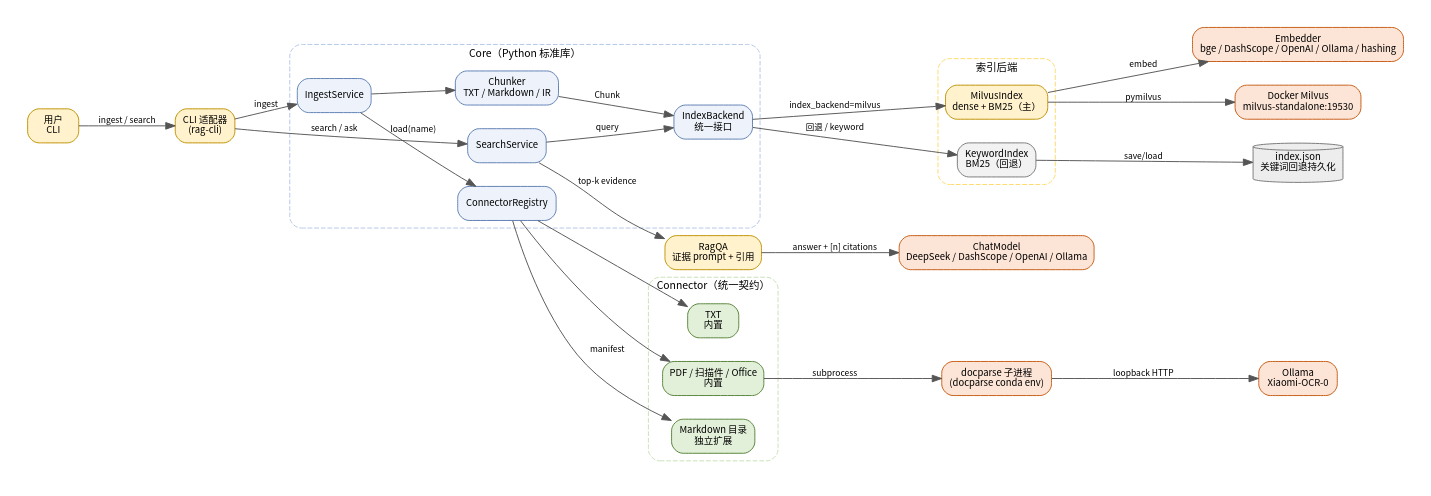
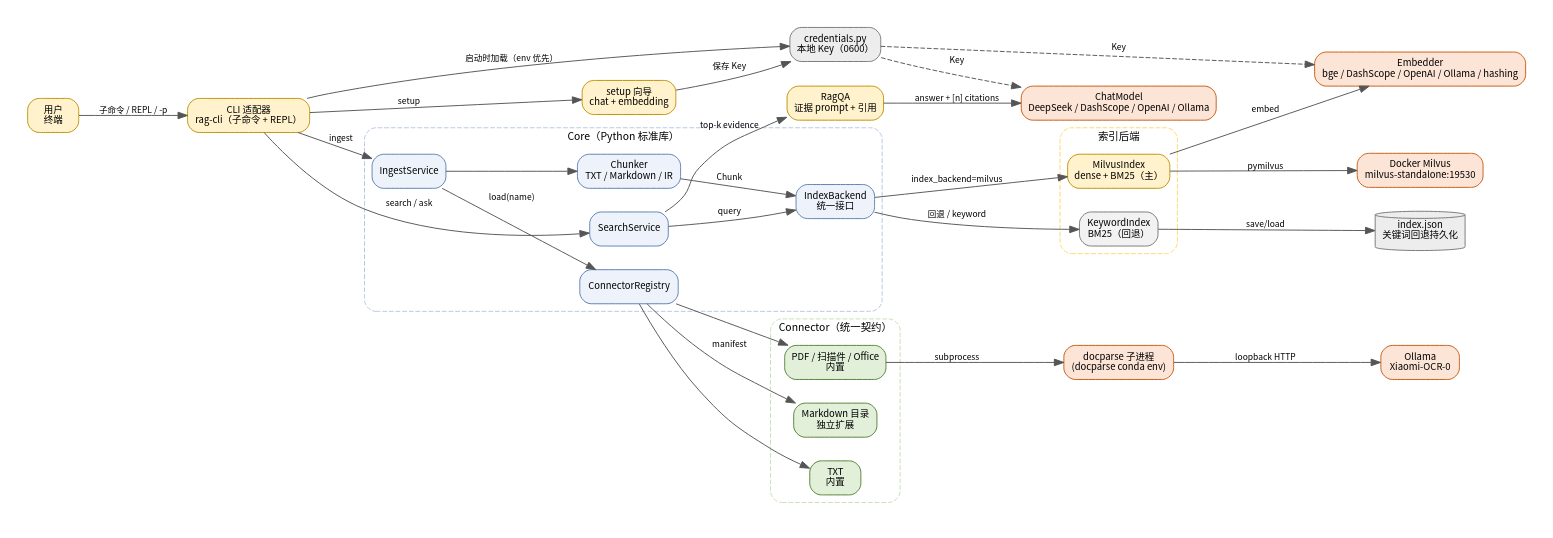
One commit to H-wonder/RAG_multidocs changed the diagram in project/docs/diagrams/architecture.dot. Above: the diagram before and after it, drawn with Graphviz. The commit also changed 10 other files, not shown here.

```diff
--- a/project/docs/diagrams/architecture.dot
+++ b/project/docs/diagrams/architecture.dot
@@ -1,69 +1,76 @@
 digraph architecture {
   rankdir=LR;
   graph [fontname="Noto Sans CJK SC", fontsize=11, pad=0.3, nodesep=0.35, ranksep=0.55];
   node [shape=box, style="rounded,filled", fontname="Noto Sans CJK SC", fontsize=10,
         fillcolor="#eef3fb", color="#5b7db1"];
   edge [fontname="Noto Sans CJK SC", fontsize=9, color="#555555"];
 
-  user [label="用户\nCLI", fillcolor="#fff2cc", color="#bf9000"];
-  cli [label="CLI 适配器\n(rag-cli)", fillcolor="#fff2cc", color="#bf9000"];
+  user [label="用户\n终端", fillcolor="#fff2cc", color="#bf9000"];
+  cli [label="CLI 适配器\nrag-cli（子命令 + REPL）", fillcolor="#fff2cc", color="#bf9000"];
+  wizard [label="setup 向导\nchat + embedding", fillcolor="#fff2cc", color="#bf9000"];
+  creds [label="credentials.py\n本地 Key（0600）", fillcolor="#ededed", color="#777777"];
 
   subgraph cluster_core {
     label="Core（Python 标准库）";
     fontname="Noto Sans CJK SC";
     color="#b4c6e7";
     style="rounded,dashed";
     ingest [label="IngestService"];
     search [label="SearchService"];
     registry [label="ConnectorRegistry"];
     chunker [label="Chunker\nTXT / Markdown / IR"];
     backend [label="IndexBackend\n统一接口"];
   }
 
   subgraph cluster_connectors {
     label="Connector（统一契约）";
     fontname="Noto Sans CJK SC";
     color="#c6e0b4";
     style="rounded,dashed";
     txt [label="TXT\n内置", fillcolor="#e2f0d9", color="#548235"];
     pdf [label="PDF / 扫描件 / Office\n内置", fillcolor="#e2f0d9", color="#548235"];
     md [label="Markdown 目录\n独立扩展", fillcolor="#e2f0d9", color="#548235"];
   }
 
   subgraph cluster_index {
     label="索引后端";
     fontname="Noto Sans CJK SC";
     color="#ffd966";
     style="rounded,dashed";
     milvus_idx [label="MilvusIndex\ndense + BM25（主）", fillcolor="#fff2cc", color="#bf9000"];
     keyword_idx [label="KeywordIndex\nBM25（回退）", fillcolor="#f2f2f2", color="#777777"];
   }
 
   qa [label="RagQA\n证据 prompt + 引用", fillcolor="#fff2cc", color="#bf9000"];
   chat [label="ChatModel\nDeepSeek / DashScope / OpenAI / Ollama", fillcolor="#fce4d6", color="#c55a11"];
   embedder [label="Embedder\nbge / DashScope / OpenAI / Ollama / hashing", fillcolor="#fce4d6", color="#c55a11"];
   milvus [label="Docker Milvus\nmilvus-standalone:19530", fillcolor="#fce4d6", color="#c55a11"];
   docparse [label="docparse 子进程\n(docparse conda env)", fillcolor="#fce4d6", color="#c55a11"];
   ollama [label="Ollama\nXiaomi-OCR-0", fillcolor="#fce4d6", color="#c55a11"];
   disk [label="index.json\n关键词回退持久化", shape=cylinder, fillcolor="#ededed", color="#777777"];
 
-  user -> cli [label="ingest / search"];
+  user -> cli [label="子命令 / REPL / -p"];
+  cli -> wizard [label="setup"];
+  wizard -> creds [label="保存 Key"];
+  cli -> creds [label="启动时加载（env 优先）"];
+  creds -> chat [label="Key", style=dashed];
+  creds -> embedder [label="Key", style=dashed];
   cli -> ingest [label="ingest"];
   cli -> search [label="search / ask"];
   search -> qa [label="top-k evidence"];
   qa -> chat [label="answer + [n] citations"];
   ingest -> registry [label="load(name)"];
   registry -> txt;
   registry -> pdf;
   registry -> md [label="manifest"];
   ingest -> chunker;
   chunker -> backend [label="Chunk"];
   search -> backend [label="query"];
   backend -> milvus_idx [label="index_backend=milvus"];
   backend -> keyword_idx [label="回退 / keyword"];
   milvus_idx -> embedder [label="embed"];
   milvus_idx -> milvus [label="pymilvus"];
   keyword_idx -> disk [label="save/load"];
   pdf -> docparse [label="subprocess"];
   docparse -> ollama [label="loopback HTTP"];
 }
```
